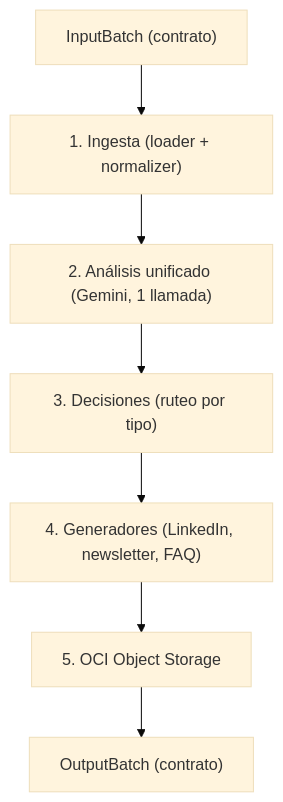
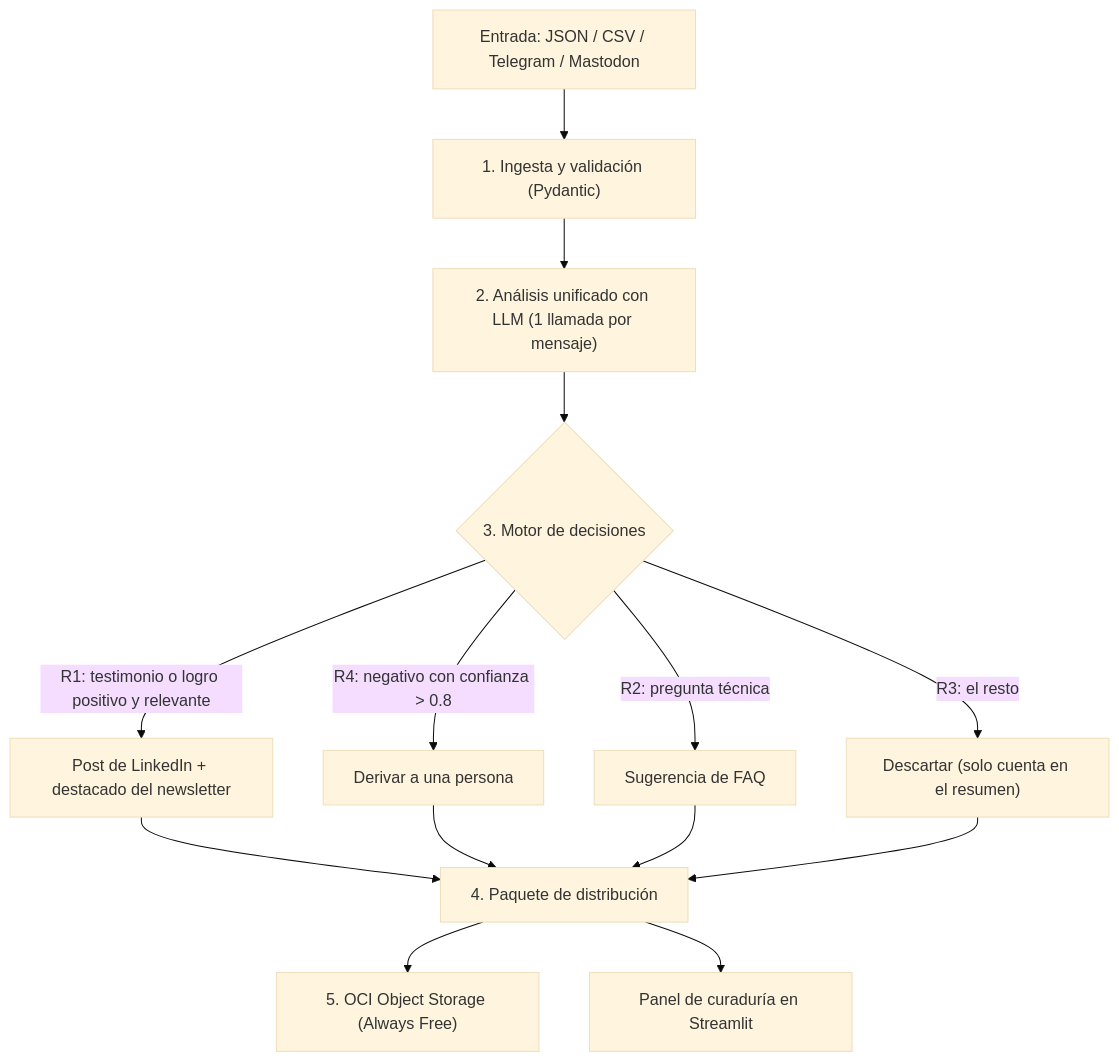
Before and after one commit to No-Country-simulation/G10-Latam-Equipo24-CommunityLab: the diagram in README.md, drawn with Mermaid (base theme). The commit also changed other lines of this file, not shown here.

````diff
--- a/README.md
+++ b/README.md
@@ -77,9 +87,16 @@
 ```mermaid
 flowchart TB
-    IN["InputBatch (contrato)"] --> ING["1. Ingesta (loader + normalizer)"]
-    ING --> ANL["2. Análisis unificado (Gemini, 1 llamada)"]
-    ANL --> DEC["3. Decisiones (ruteo por tipo)"]
-    DEC --> GEN["4. Generadores (LinkedIn, newsletter, FAQ)"]
-    GEN --> OCI["5. OCI Object Storage"]
-    OCI --> OUT["OutputBatch (contrato)"]
+    IN["Entrada: JSON / CSV / Telegram / Mastodon"] --> ING["1. Ingesta y validación (Pydantic)"]
+    ING --> ANL["2. Análisis unificado con LLM (1 llamada por mensaje)"]
+    ANL --> DEC{"3. Motor de decisiones"}
+    DEC -->|"R1: testimonio o logro positivo y relevante"| LI["Post de LinkedIn + destacado del newsletter"]
+    DEC -->|"R4: negativo con confianza > 0.8"| HUM["Derivar a una persona"]
+    DEC -->|"R2: pregunta técnica"| FAQ["Sugerencia de FAQ"]
+    DEC -->|"R3: el resto"| DES["Descartar (solo cuenta en el resumen)"]
+    LI --> PKG["4. Paquete de distribución"]
+    HUM --> PKG
+    FAQ --> PKG
+    DES --> PKG
+    PKG --> OCI["5. OCI Object Storage (Always Free)"]
+    PKG --> UI["Panel de curaduría en Streamlit"]
 ```
````
